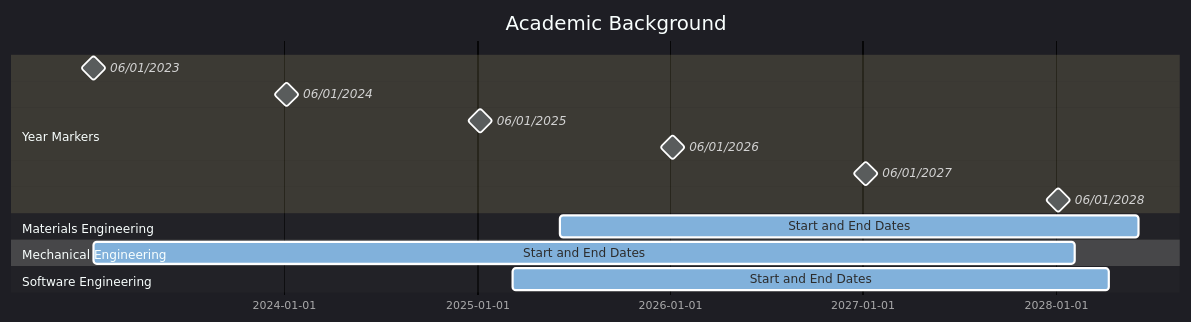
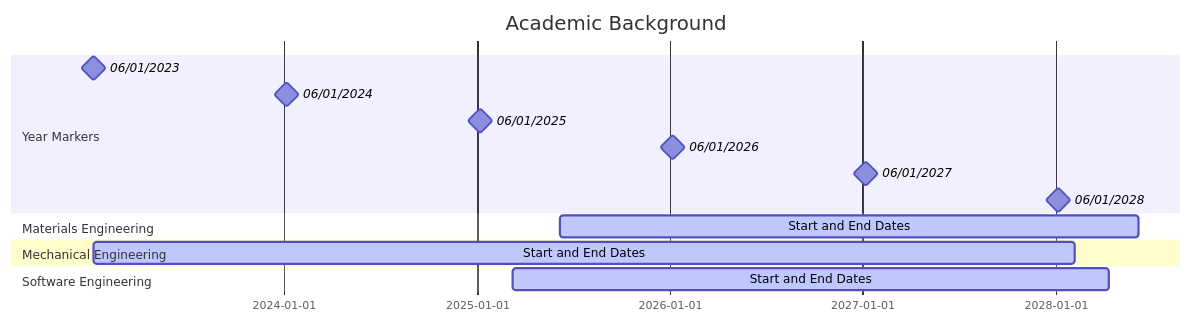
Before and after one commit to delblerferreira/delblerferreira: the first of 3 diagrams in README.md, drawn with Mermaid.

````diff
--- a/README.md
+++ b/README.md
@@ -44,23 +44,22 @@
 ```mermaid
-%%{ init : { "theme": "dark" } }%%
 gantt
     title Academic Background
     dateFormat  YYYY-MM-DD
 
     section Year Markers
     06/01/2023                 :milestone, ym2023, 2023-01-06, 1d
     06/01/2024                 :milestone, ym2024, 2024-01-06, 1d
     06/01/2025                 :milestone, ym2025, 2025-01-06, 1d
     06/01/2026                 :milestone, ym2026, 2026-01-06, 1d
     06/01/2027                 :milestone, ym2027, 2027-01-06, 1d
     06/01/2028                 :milestone, ym2028, 2028-01-06, 1d
 
     section Materials Engineering
     Start and End Dates        :active, materials, 2025-06-06, 2028-06-06
 
     section Mechanical Engineering
     Start and End Dates        :active, mechanical, 2023-01-06, 2028-02-06
 
     section Software Engineering
     Start and End Dates        :active, software, 2025-03-10, 2028-04-10
 ```
````
